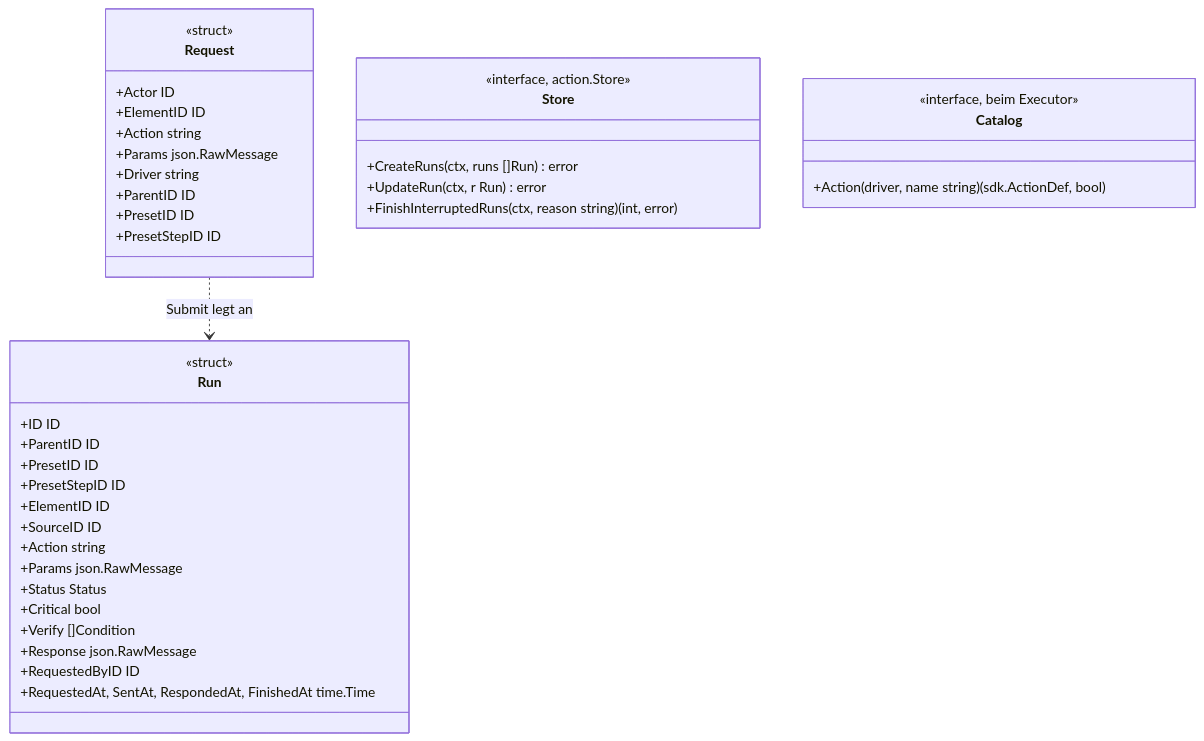
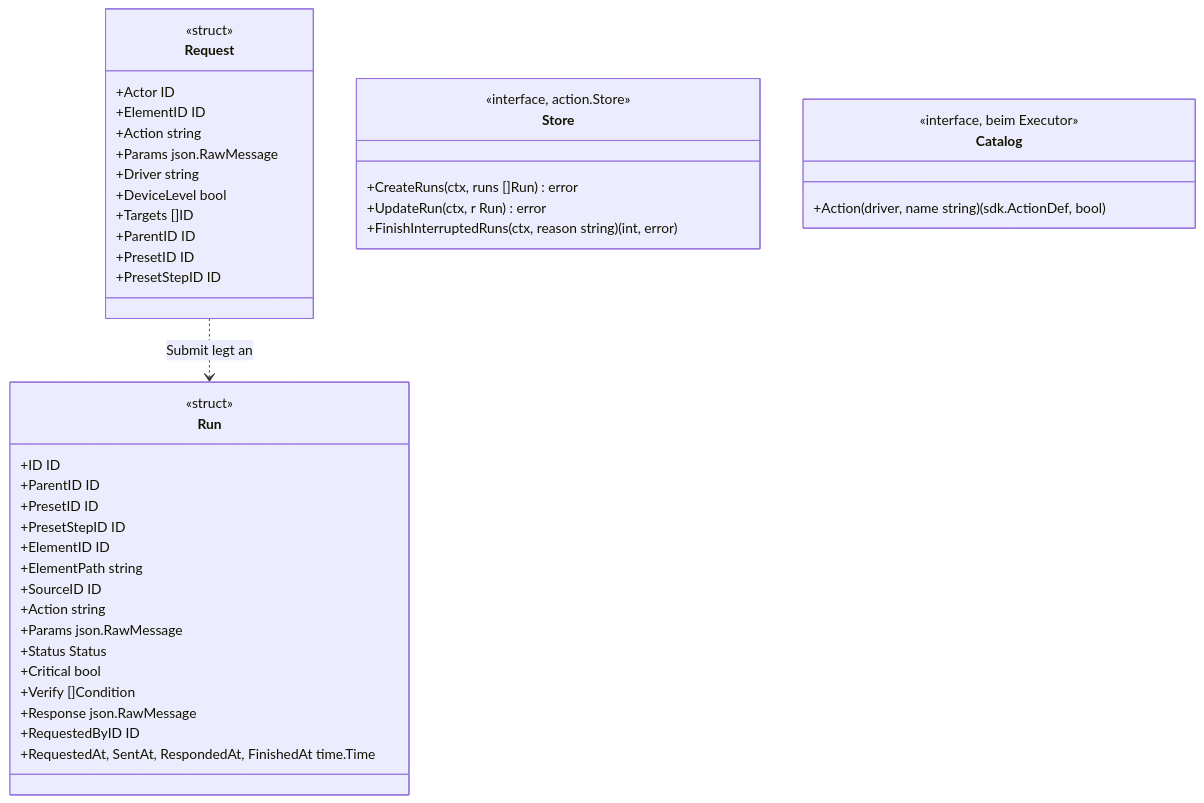
The third of 5 diagrams in docs/contracts/services.md (lukirs95/monika), drawn with Mermaid before and after one commit. The commit also changed other lines of this file and 8 other files, not shown here.

First line of the commit message:
docs: apply architecture audit to contracts, API and status

````diff
--- a/docs/contracts/services.md
+++ b/docs/contracts/services.md
@@ -89,42 +89,45 @@
 ```mermaid
 classDiagram
     class Request {
         <<struct>>
         +Actor ID
         +ElementID ID
         +Action string
         +Params json.RawMessage
         +Driver string
+        +DeviceLevel bool
+        +Targets []ID
         +ParentID ID
         +PresetID ID
         +PresetStepID ID
     }
     class Run {
         <<struct>>
         +ID ID
         +ParentID ID
         +PresetID ID
         +PresetStepID ID
         +ElementID ID
+        +ElementPath string
         +SourceID ID
         +Action string
         +Params json.RawMessage
         +Status Status
         +Critical bool
         +Verify []Condition
         +Response json.RawMessage
         +RequestedByID ID
         +RequestedAt, SentAt, RespondedAt, FinishedAt time.Time
     }
     class Store {
         <<interface, action.Store>>
         +CreateRuns(ctx, runs []Run) error
         +UpdateRun(ctx, r Run) error
         +FinishInterruptedRuns(ctx, reason string) (int, error)
     }
     class Catalog {
         <<interface, beim Executor>>
         +Action(driver, name string) (sdk.ActionDef, bool)
     }
     Request ..> Run : Submit legt an
 ```
````
